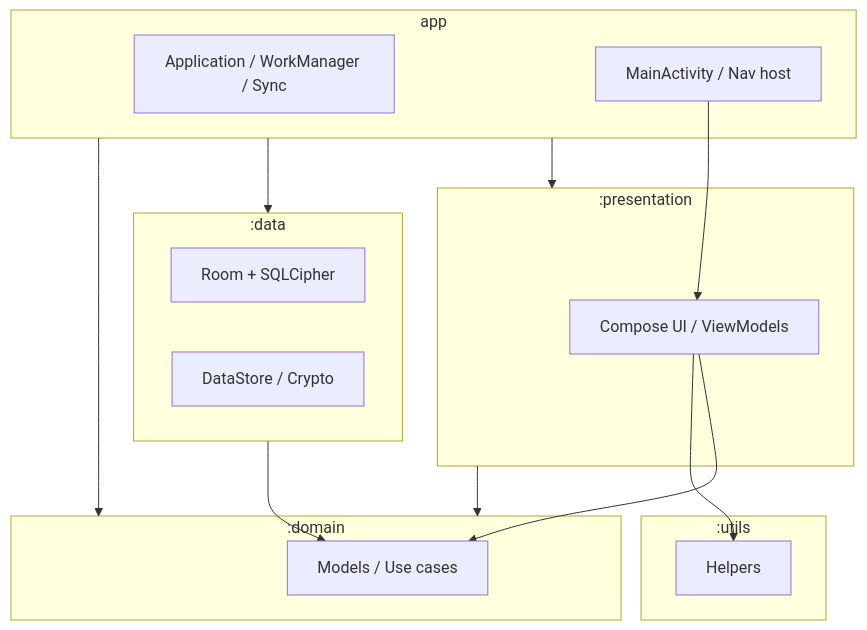
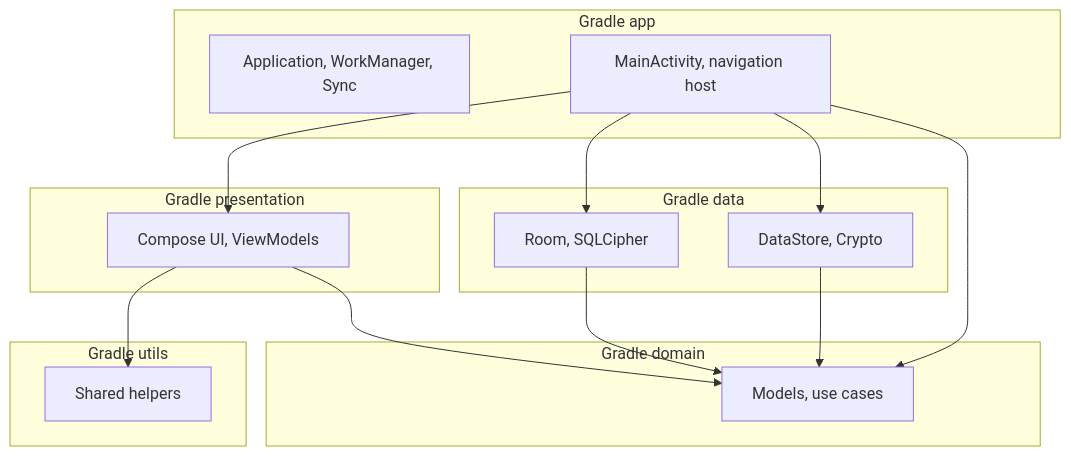
One commit to enesselcukk/FieldFlow changed the diagram in README.md. Above: the diagram before and after it, drawn with Mermaid.

````diff
--- a/README.md
+++ b/README.md
@@ -56,28 +56,29 @@
 ```mermaid
 flowchart TB
-    subgraph app_mod["app"]
-        A[Application / WorkManager / Sync]
-        B[MainActivity / Nav host]
+    subgraph APP["Gradle app"]
+        A["Application, WorkManager, Sync"]
+        B["MainActivity, navigation host"]
     end
-    subgraph pres[":presentation"]
-        P[Compose UI / ViewModels]
+    subgraph PRES["Gradle presentation"]
+        P["Compose UI, ViewModels"]
     end
-    subgraph dom[":domain"]
-        D[Models / Use cases]
+    subgraph DOM["Gradle domain"]
+        D["Models, use cases"]
     end
-    subgraph data_mod[":data"]
-        R[Room + SQLCipher]
-        DS[DataStore / Crypto]
+    subgraph DATA["Gradle data"]
+        R["Room, SQLCipher"]
+        S["DataStore, Crypto"]
     end
-    subgraph util[":utils"]
-        U[Helpers]
+    subgraph UTIL["Gradle utils"]
+        U["Shared helpers"]
     end
+
     B --> P
     P --> D
     P --> U
-    data_mod --> D
-    app_mod --> pres
-    app_mod --> data_mod
-    app_mod --> dom
-    pres --> dom
+    R --> D
+    S --> D
+    B --> R
+    B --> S
+    B --> D
 ```
````
